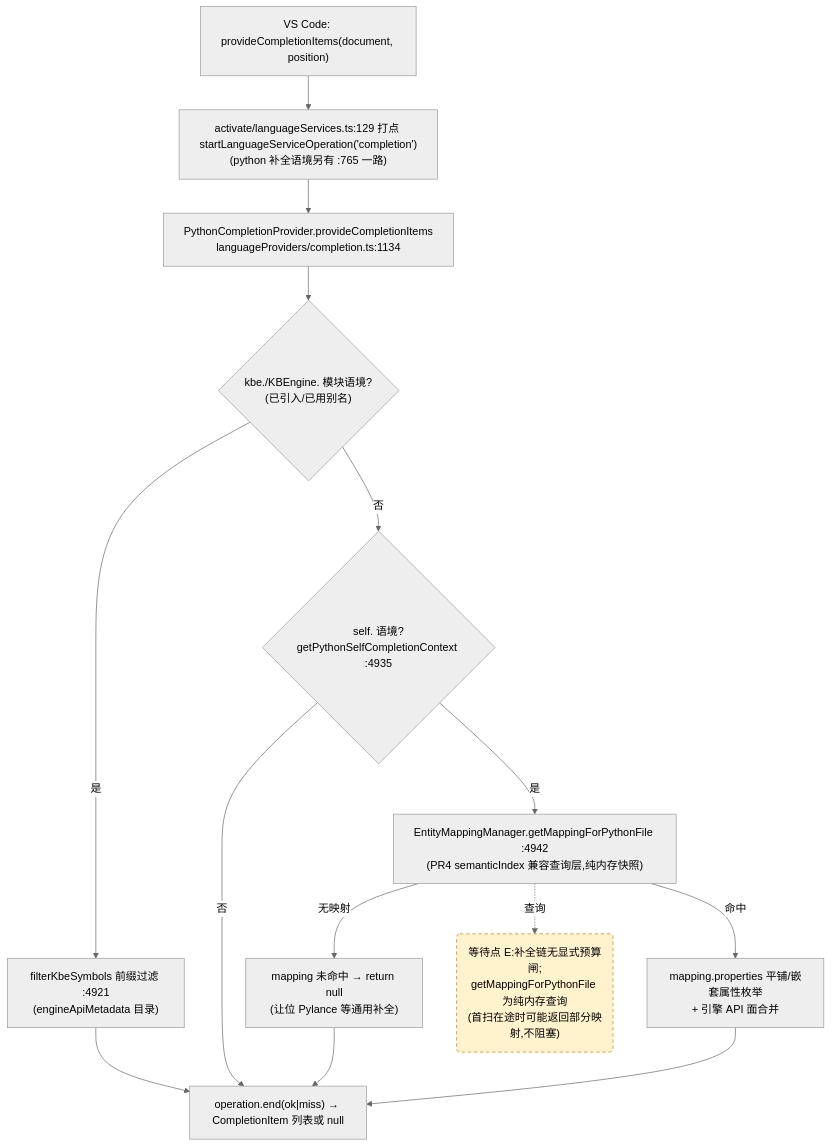
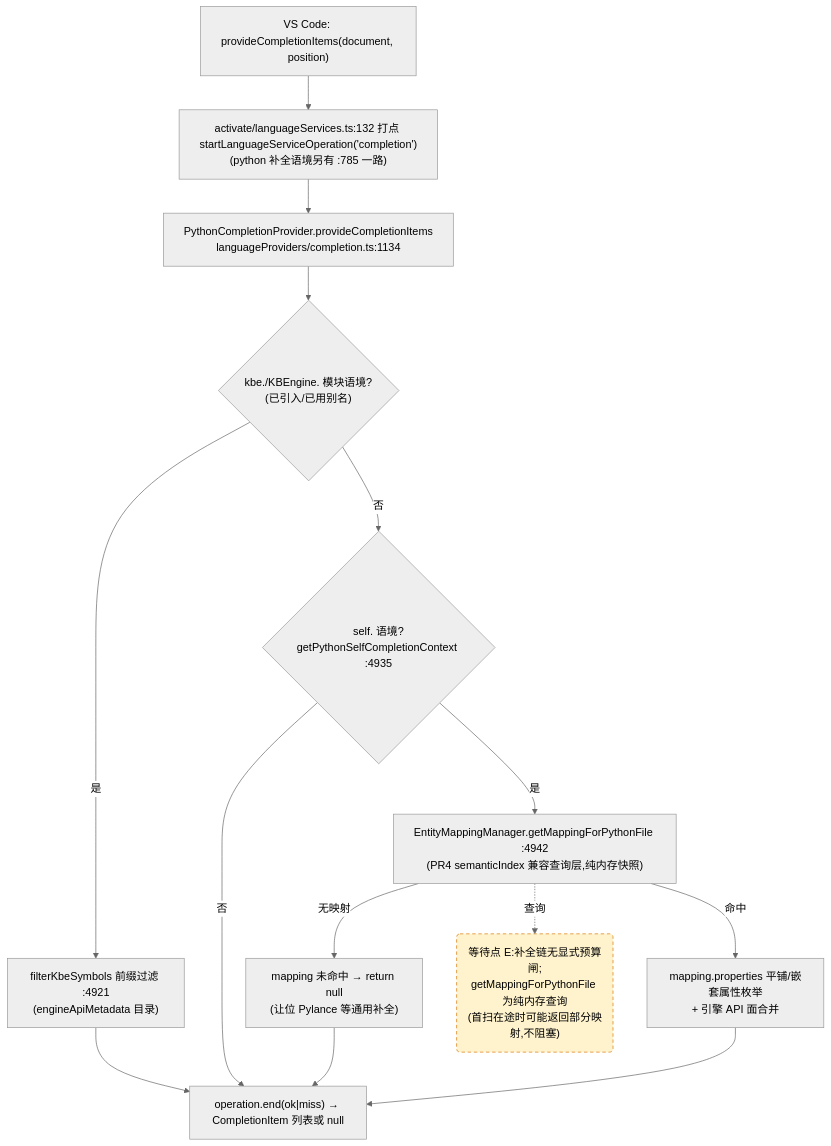
The third of 4 diagrams in docs/perf/2026-baseline.md (cuihairu/kode), drawn with Mermaid (neutral theme) before and after one commit. The commit also changed other lines of this file and 21 other files, not shown here.

````diff
--- a/docs/perf/2026-baseline.md
+++ b/docs/perf/2026-baseline.md
@@ -201,27 +201,27 @@
 ```mermaid
 flowchart TD
   VC3["VS Code: provideCompletionItems(document, position)"]
-  M3["activate/languageServices.ts:129 打点 startLanguageServiceOperation('completion')<br/>(python 补全语境另有 :765 一路)"]
+  M3["activate/languageServices.ts:132 打点 startLanguageServiceOperation('completion')<br/>(python 补全语境另有 :785 一路)"]
   CP["PythonCompletionProvider.provideCompletionItems<br/>languageProviders/completion.ts:1134"]
   KBEC{"kbe./KBEngine. 模块语境?<br/>(已引入/已用别名)"}
   FILTER["filterKbeSymbols 前缀过滤 :4921<br/>(engineApiMetadata 目录)"]
   SELFC{"self. 语境?<br/>getPythonSelfCompletionContext :4935"}
   MAP["EntityMappingManager.getMappingForPythonFile :4942<br/>(PR4 semanticIndex 兼容查询层,纯内存快照)"]
   NOMAP["mapping 未命中 → return null<br/>(让位 Pylance 等通用补全)"]
   PROPS["mapping.properties 平铺/嵌套属性枚举<br/>+ 引擎 API 面合并"]
   END3["operation.end(ok|miss) → CompletionItem 列表或 null"]
 
   VC3 --> M3 --> CP --> KBEC
   KBEC -- "是" --> FILTER --> END3
   KBEC -- "否" --> SELFC
   SELFC -- "否" --> END3
   SELFC -- "是" --> MAP
   MAP -- "无映射" --> NOMAP --> END3
   MAP -- "命中" --> PROPS --> END3
 
   WAITE("等待点 E:补全链无显式预算闸;<br/>getMappingForPythonFile 为纯内存查询<br/>(首扫在途时可能返回部分映射,不阻塞)")
   MAP -.->|查询| WAITE
 
   classDef waitPoint fill:#fff3cd,stroke:#d97706,stroke-dasharray:5 4;
   class WAITE waitPoint;
 ```
````
